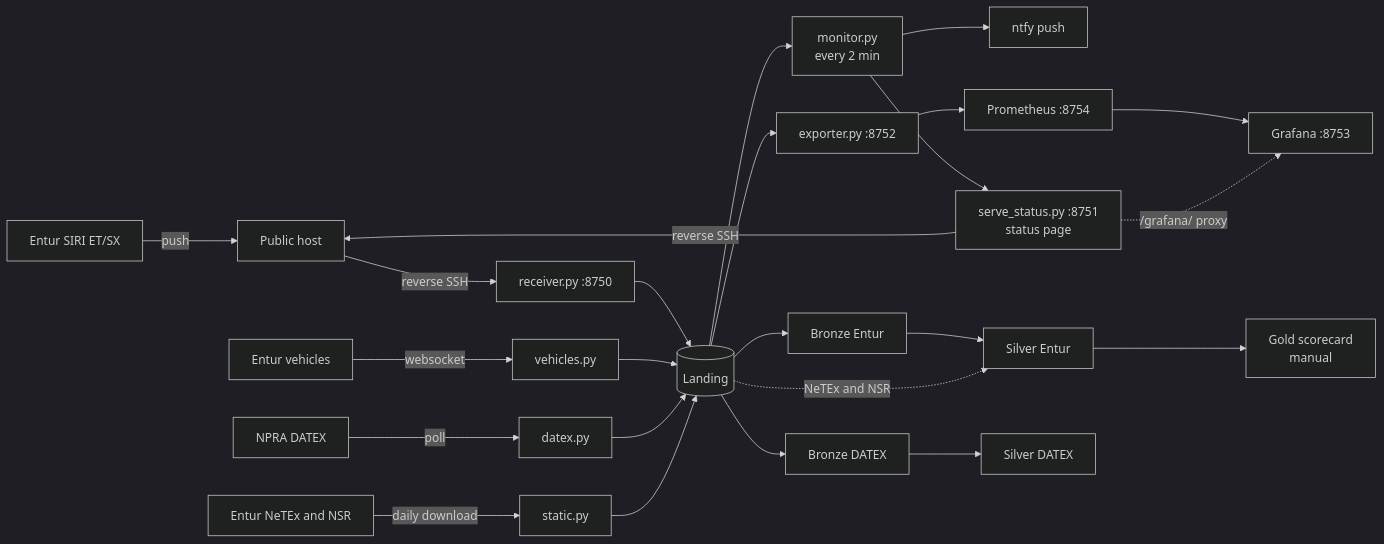
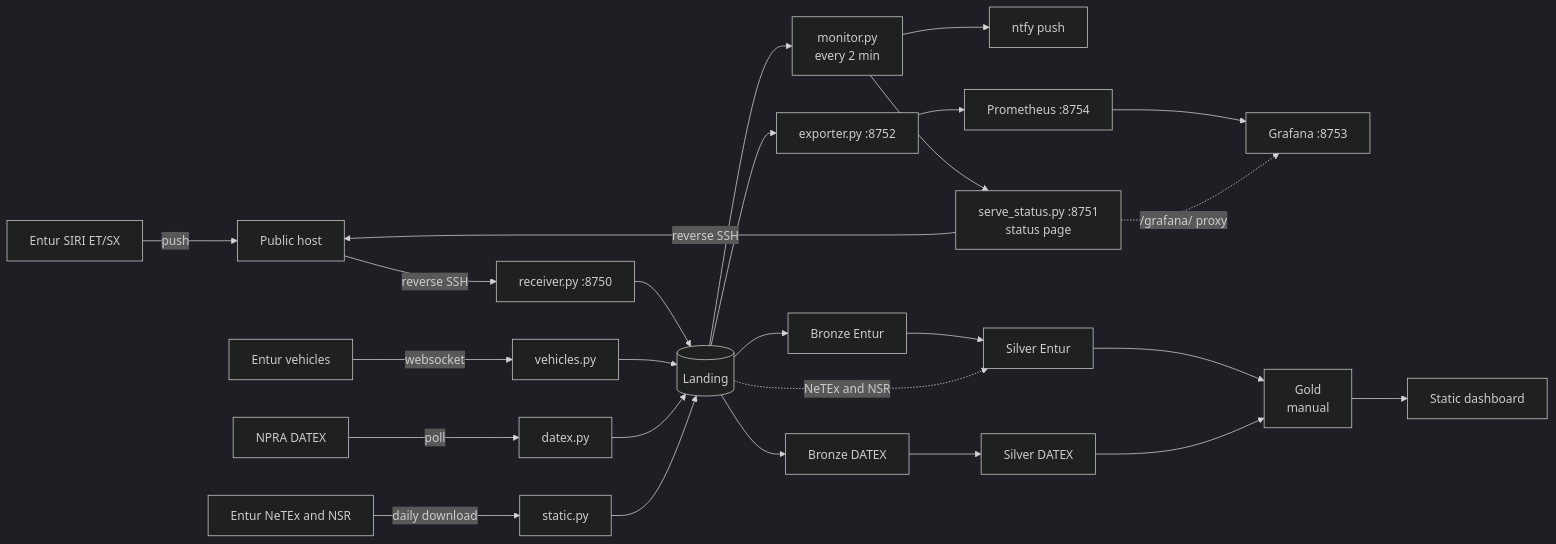
One commit to DanyGoT/dat535-group21 changed the diagram in docs/system/architecture.md. Above: the diagram before and after it, drawn with Mermaid (dark theme). The commit also changed other lines of this file and 25 other files, not shown here.

Commit message:
feat(gold): stop map, transfer chances and road conditions with a static dashboard

````diff
--- a/docs/system/architecture.md
+++ b/docs/system/architecture.md
@@ -8,20 +8,20 @@
 ```mermaid
 flowchart LR
     ET[Entur SIRI ET/SX] -- push --> PH[Public host]
     PH -- reverse SSH --> R[receiver.py :8750]
     VP[Entur vehicles] -- websocket --> V[vehicles.py]
     DX[NPRA DATEX] -- poll --> D[datex.py]
     NT[Entur NeTEx and NSR] -- daily download --> S[static.py]
     R & V & D & S --> L[(Landing)]
 
     L --> M[monitor.py<br/>every 2 min]
     M --> N[ntfy push]
     M --> ST[serve_status.py :8751<br/>status page]
     ST -- reverse SSH --> PH
     L --> X[exporter.py :8752] --> P[Prometheus :8754] --> G[Grafana :8753]
     ST -. /grafana/ proxy .-> G
 
-    L --> BE[Bronze Entur] --> SE[Silver Entur] --> GO[Gold scorecard<br/>manual]
-    L --> BD[Bronze DATEX] --> SD[Silver DATEX]
+    L --> BE[Bronze Entur] --> SE[Silver Entur] --> GO[Gold<br/>manual] --> DB[Static dashboard]
+    L --> BD[Bronze DATEX] --> SD[Silver DATEX] --> GO
     L -. NeTEx and NSR .-> SE
 ```
````
